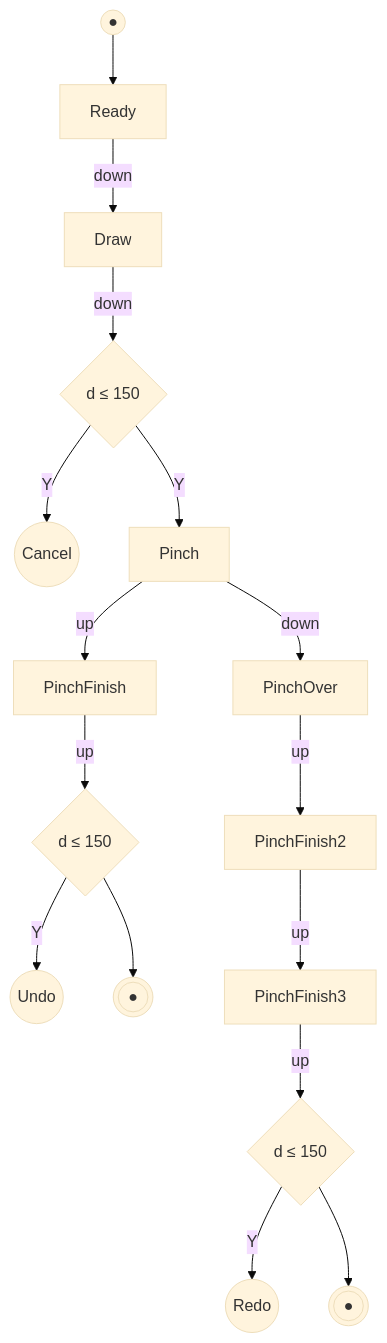
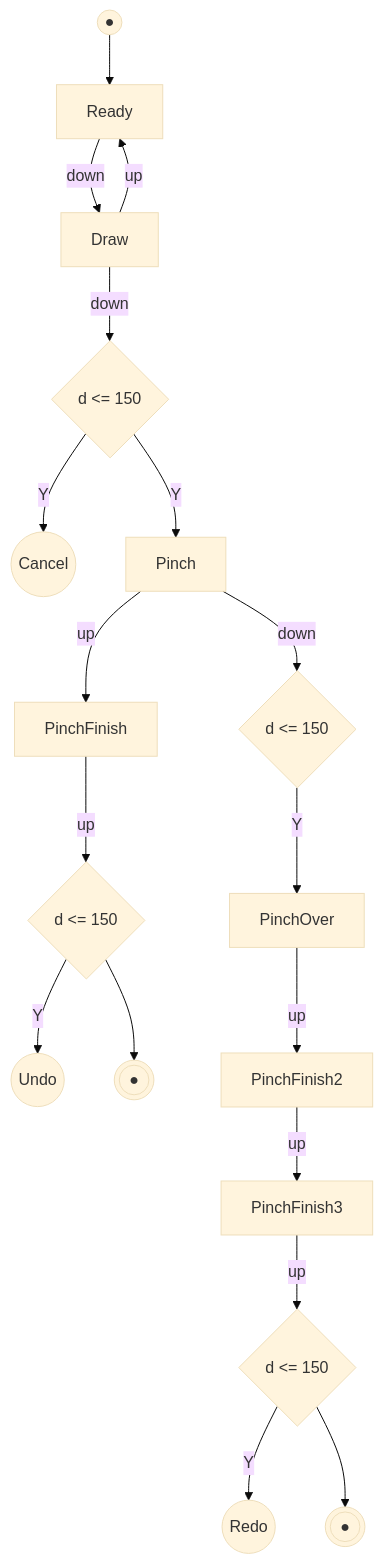
One commit to oyc0401/graphic changed the diagram in src/app/events/gesture-state-machine.mmd. Above: the diagram before and after it, drawn with Mermaid (base theme). The commit also changed 1 other file, not shown here.

```diff
--- a/src/app/events/gesture-state-machine.mmd
+++ b/src/app/events/gesture-state-machine.mmd
@@ -1,26 +1,28 @@
 flowchart TD
     %% 사각형 = 상태
     %% 육각형 이벤트 = 화살표 라벨로 표현
     %% 마름모 = 분기
 
     Start((●)) --> Ready[Ready]
 
     Ready -- down --> Draw[Draw]
-    Draw -- down --> CheckDraw{"d ≤ 150"}
+    Draw -- up --> Ready
+    Draw -- down --> CheckDraw{"d <= 150"}
 
    
 
     CheckDraw -- Y --> Cancel((Cancel))
     CheckDraw -- Y --> Pinch[Pinch]
 
     Pinch -- up --> PinchFinish[PinchFinish]
-    PinchFinish -- up --> CheckUndo{"d ≤ 150"}
+    PinchFinish -- up --> CheckUndo{"d <= 150"}
     CheckUndo -- Y --> Undo((Undo))
     CheckUndo --> EndUndo(((●)))
 
-    Pinch -- down --> PinchOver[PinchOver]
+    Pinch -- down --> CheckPinchOver{"d <= 150"}
+    CheckPinchOver -- Y --> PinchOver[PinchOver]
     PinchOver -- up --> PinchFinish2[PinchFinish2]
     PinchFinish2 -- up --> PinchFinish3[PinchFinish3]
-    PinchFinish3 -- up --> CheckRedo{"d ≤ 150"}
+    PinchFinish3 -- up --> CheckRedo{"d <= 150"}
     CheckRedo -- Y --> Redo((Redo))
     CheckRedo --> EndRedo(((●)))
```
